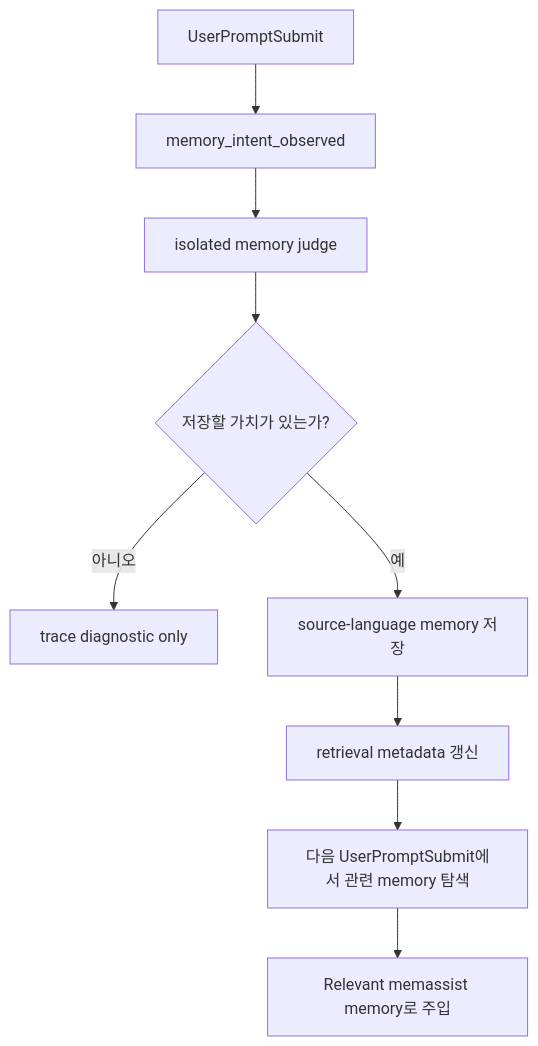
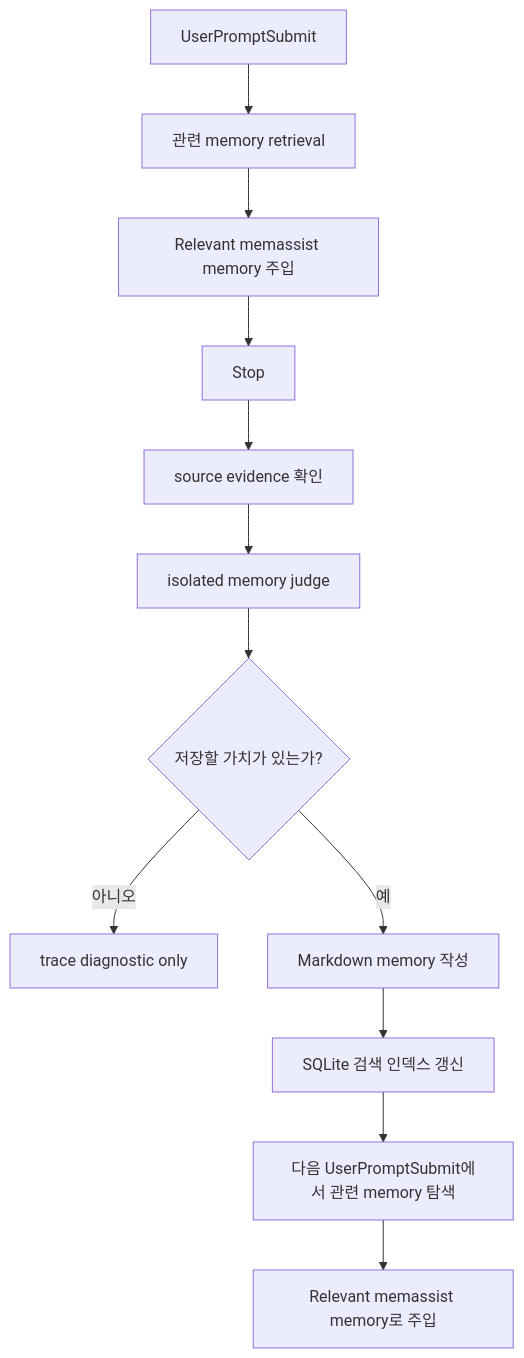
Before and after one commit to lteawoo/MemAssist: the fourth of 8 diagrams in README.md, drawn with Mermaid. The commit also changed other lines of this file and 22 other files, not shown here.

Commit message:
feat(memory): Markdown 기반 메모리 SSOT 적용

````diff
--- a/README.md
+++ b/README.md
@@ -235,11 +220,14 @@
 ```mermaid
 flowchart TD
-    A[UserPromptSubmit] --> B[memory_intent_observed]
-    B --> C[isolated memory judge]
-    C --> D{저장할 가치가 있는가?}
-    D -->|아니오| E[trace diagnostic only]
-    D -->|예| F[source-language memory 저장]
-    F --> G[retrieval metadata 갱신]
-    G --> H[다음 UserPromptSubmit에서 관련 memory 탐색]
-    H --> I[Relevant memassist memory로 주입]
+    A[UserPromptSubmit] --> B[관련 memory retrieval]
+    B --> C[Relevant memassist memory 주입]
+    C --> D[Stop]
+    D --> E[source evidence 확인]
+    E --> F[isolated memory judge]
+    F --> G{저장할 가치가 있는가?}
+    G -->|아니오| H[trace diagnostic only]
+    G -->|예| I[Markdown memory 작성]
+    I --> J[SQLite 검색 인덱스 갱신]
+    J --> K[다음 UserPromptSubmit에서 관련 memory 탐색]
+    K --> L[Relevant memassist memory로 주입]
 ```
````
